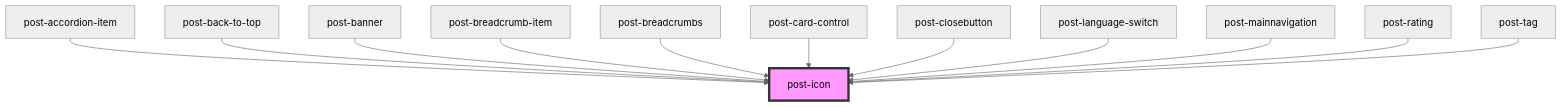
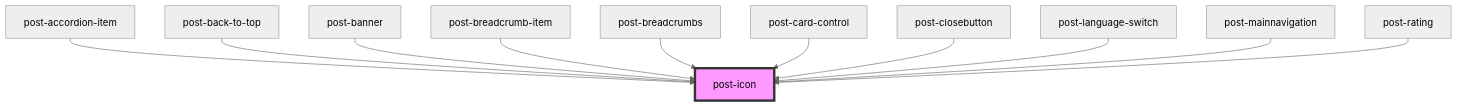
The diagram in packages/components/src/components/post-icon/readme.md (swisspost/design-system), drawn with Mermaid (neutral theme) before and after one commit. The commit also changed other lines of this file and 17 other files, not shown here.

Commit message:
chore(docs, components, styles): removed `post-tag` component

````diff
--- a/packages/components/src/components/post-icon/readme.md
+++ b/packages/components/src/components/post-icon/readme.md
@@ -38,15 +37,14 @@
 ```mermaid
 graph TD;
   post-accordion-item --> post-icon
   post-back-to-top --> post-icon
   post-banner --> post-icon
   post-breadcrumb-item --> post-icon
   post-breadcrumbs --> post-icon
   post-card-control --> post-icon
   post-closebutton --> post-icon
   post-language-switch --> post-icon
   post-mainnavigation --> post-icon
   post-rating --> post-icon
-  post-tag --> post-icon
   style post-icon fill:#f9f,stroke:#333,stroke-width:4px
 ```
````
